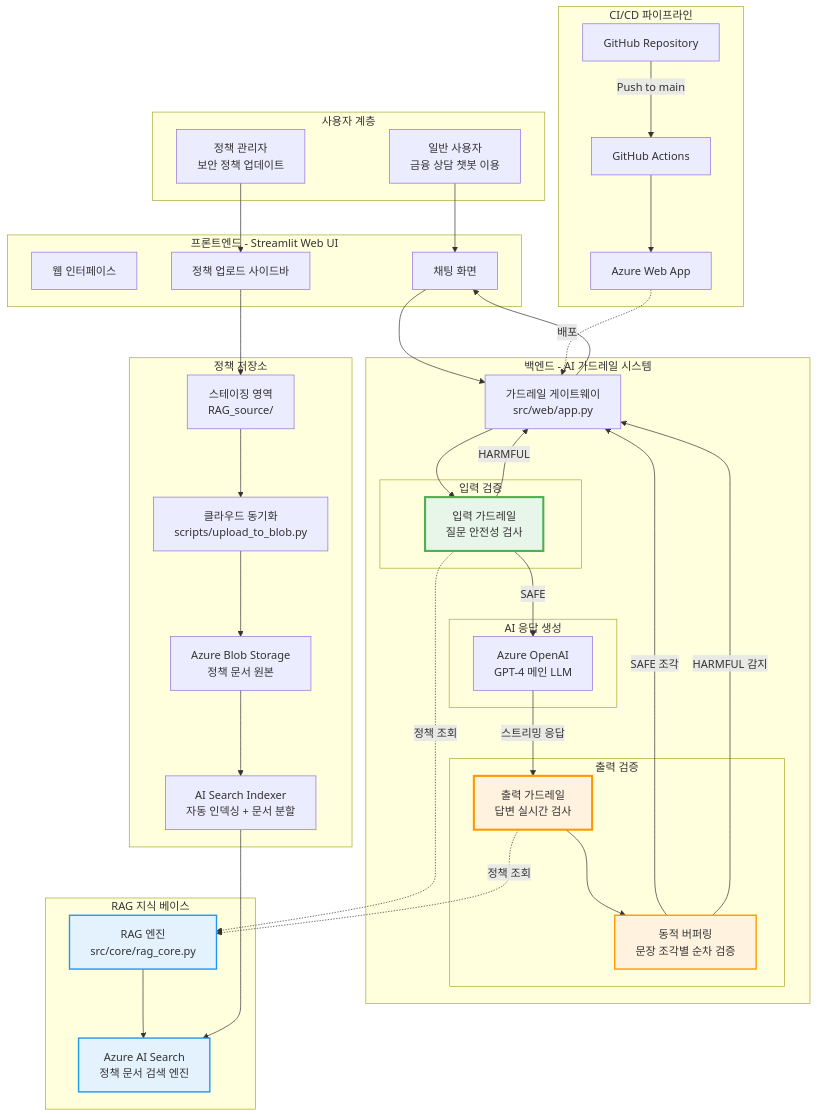
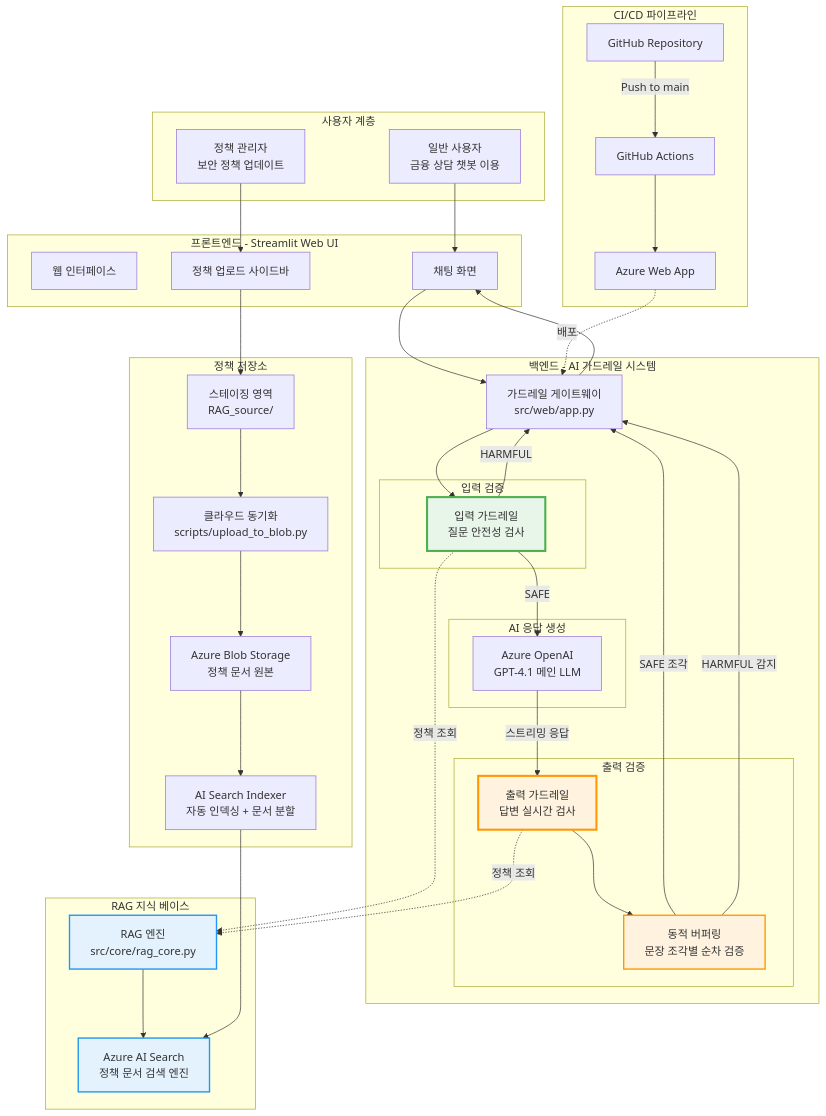
Before and after one commit to carnival77/ai-guardrail-azure-mvp: the first of 2 diagrams in README.md, drawn with Mermaid. The commit also changed other lines of this file, not shown here.

```diff
--- a/README.md
+++ b/README.md
@@ -49,7 +49,7 @@
         end
         
         subgraph "AI 응답 생성"
-            LLM[Azure OpenAI<br/>GPT-4 메인 LLM]
+            LLM[Azure OpenAI<br/>GPT-4.1 메인 LLM]
         end
         
         subgraph "출력 검증"
```
